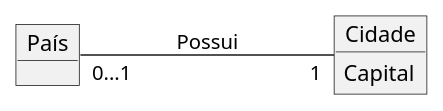
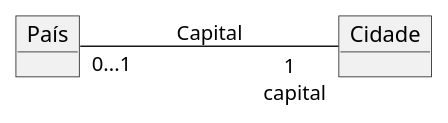
The diagram in Imagens/modelos-01/imagem-06/mod01ima06.plantuml (kyriosdata/oo), drawn with PlantUML before and after one commit. The commit also changed 13 other files, not shown here.

```diff
--- a/Imagens/modelos-01/imagem-06/mod01ima06.plantuml
+++ b/Imagens/modelos-01/imagem-06/mod01ima06.plantuml
@@ -1,9 +1,7 @@
 @startuml mod01ima06
 skinparam SequenceMessageAlignment true
 object "País" as pa
 object "Cidade" as ci
-ci : Capital
-
 left to right direction
-pa"0...1"---"1"ci: "Possui"
+pa"0...1"---"1 \n capital"ci: "Capital"
 @enduml
```
